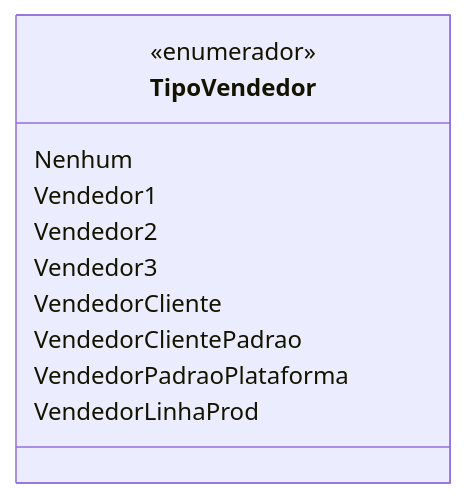
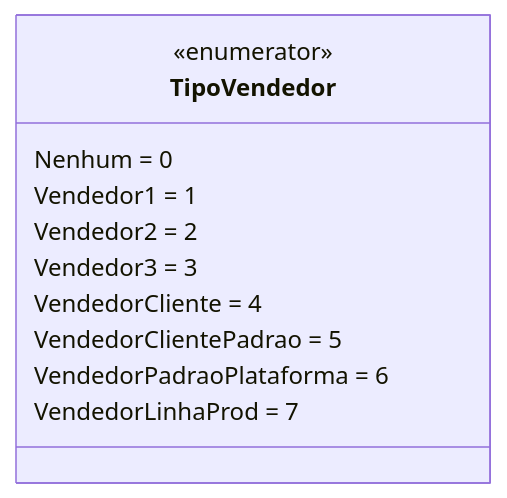
One commit to IsthmusSistemas/documentacao-tecnica changed the diagram in docs/b2b-dominio/IsthmusWinthor.Nucleo/IsthmusWinthor.Dominio/Enumeradores/TipoVendedor.md. Above: the diagram before and after it, drawn with Mermaid. The commit also changed other lines of this file and 882 other files, not shown here.

````diff
--- a/docs/b2b-dominio/IsthmusWinthor.Nucleo/IsthmusWinthor.Dominio/Enumeradores/TipoVendedor.md
+++ b/docs/b2b-dominio/IsthmusWinthor.Nucleo/IsthmusWinthor.Dominio/Enumeradores/TipoVendedor.md
@@ -12,14 +11,14 @@
 ```mermaid
 classDiagram
-    class TipoVendedor {
-        <<enumerador>>
-        Nenhum 
-        Vendedor1
-        Vendedor2
-        Vendedor3
-        VendedorCliente
-        VendedorClientePadrao
-        VendedorPadraoPlataforma
-        VendedorLinhaProd
+    class TipoVendedor{
+        <<enumerator>>
+        Nenhum = 0
+        Vendedor1 = 1
+        Vendedor2 = 2
+        Vendedor3 = 3
+        VendedorCliente = 4
+        VendedorClientePadrao = 5
+        VendedorPadraoPlataforma = 6
+        VendedorLinhaProd = 7
     }
 ```
````
